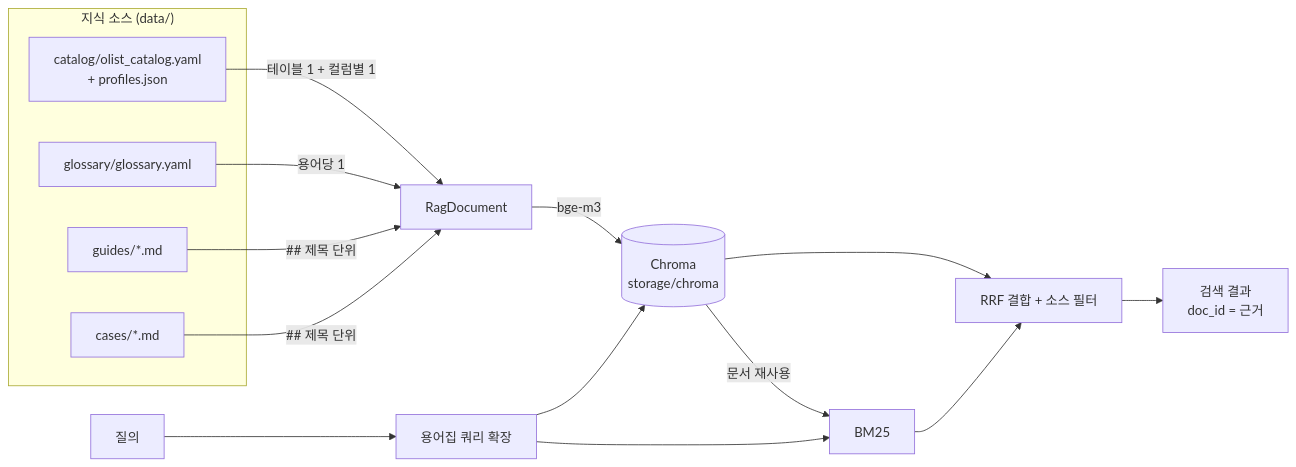
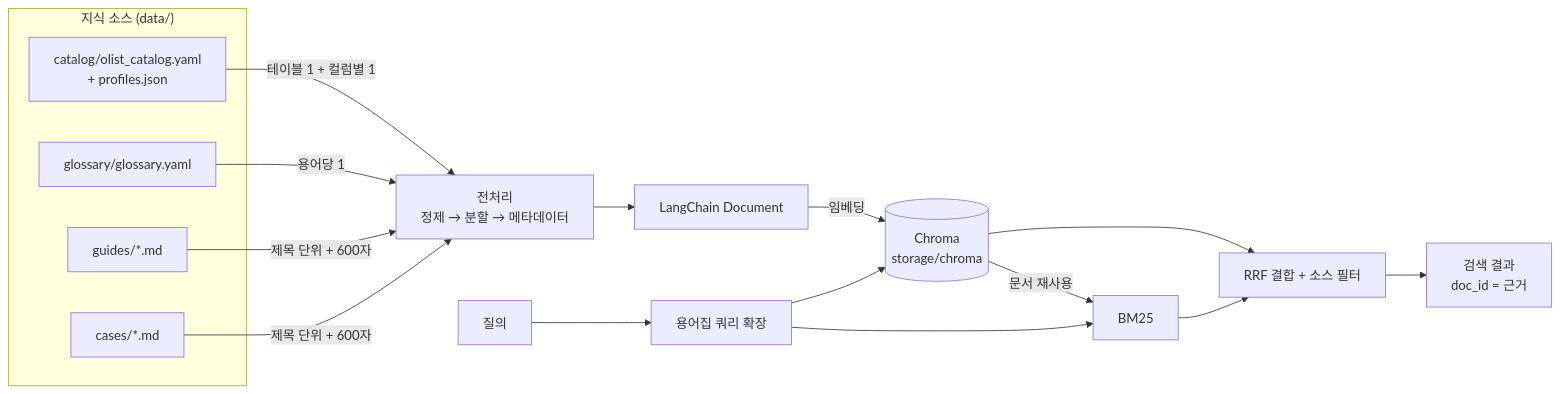
One commit to Jonghaesuh/ai-bootcamp changed the diagram in 10.code/docs/rag.md. Above: the diagram before and after it, drawn with Mermaid. The commit also changed other lines of this file and 5 other files, not shown here.

````diff
--- a/10.code/docs/rag.md
+++ b/10.code/docs/rag.md
@@ -7,17 +7,18 @@
 ```mermaid
 flowchart LR
   subgraph 소스["지식 소스 (data/)"]
     C[catalog/olist_catalog.yaml<br/>+ profiles.json]
     G[glossary/glossary.yaml]
     D[guides/*.md]
     S[cases/*.md]
   end
-  C -->|테이블 1 + 컬럼별 1| DOC[RagDocument]
-  G -->|용어당 1| DOC
-  D -->|## 제목 단위| DOC
-  S -->|## 제목 단위| DOC
-  DOC -->|bge-m3| CH[(Chroma<br/>storage/chroma)]
+  C -->|테이블 1 + 컬럼별 1| PRE[전처리<br/>정제 → 분할 → 메타데이터]
+  G -->|용어당 1| PRE
+  D -->|제목 단위 + 600자| PRE
+  S -->|제목 단위 + 600자| PRE
+  PRE --> DOC[LangChain Document]
+  DOC -->|임베딩| CH[(Chroma<br/>storage/chroma)]
   CH -->|문서 재사용| BM[BM25]
   Q[질의] --> EX[용어집 쿼리 확장] --> CH & BM
   CH & BM --> RRF[RRF 결합 + 소스 필터] --> HIT[검색 결과<br/>doc_id = 근거]
 ```
````
